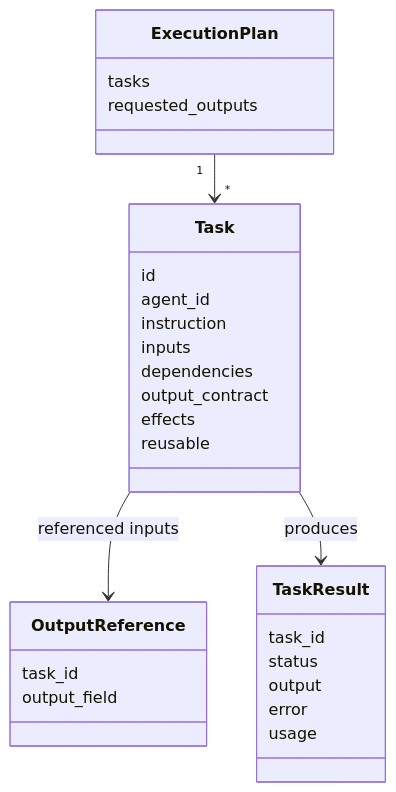
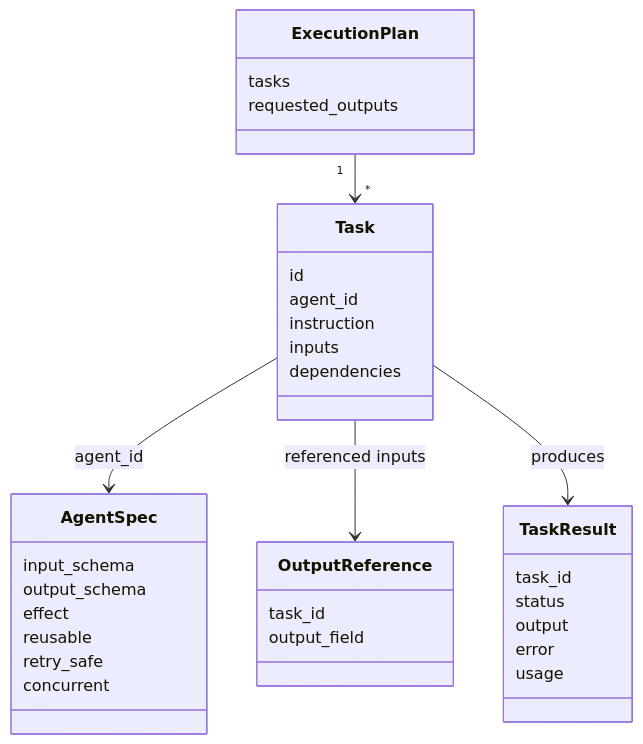
The fourth of 11 diagrams in README.md (joaomadruga/AgentCompiler), drawn with Mermaid before and after one commit. The commit also changed other lines of this file and 32 other files, not shown here.

````diff
--- a/README.md
+++ b/README.md
@@ -74,31 +74,38 @@
 ```mermaid
 classDiagram
     class ExecutionPlan {
         tasks
         requested_outputs
     }
     class Task {
         id
         agent_id
         instruction
         inputs
         dependencies
-        output_contract
-        effects
+
+    }
+    class AgentSpec {
+        input_schema
+        output_schema
+        effect
         reusable
+        retry_safe
+        concurrent
     }
     class OutputReference {
         task_id
         output_field
     }
     class TaskResult {
         task_id
         status
         output
         error
         usage
     }
     ExecutionPlan "1" --> "*" Task
+    Task --> AgentSpec : agent_id
     Task --> OutputReference : referenced inputs
     Task --> TaskResult : produces
 ```
````
